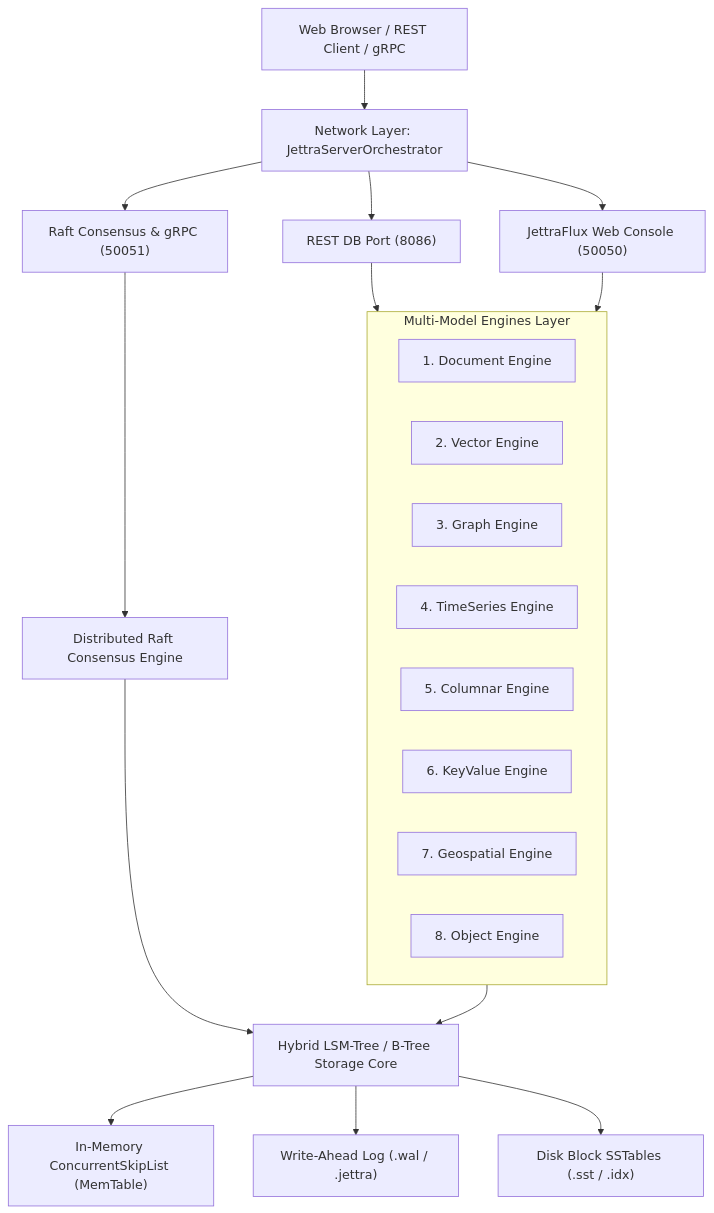
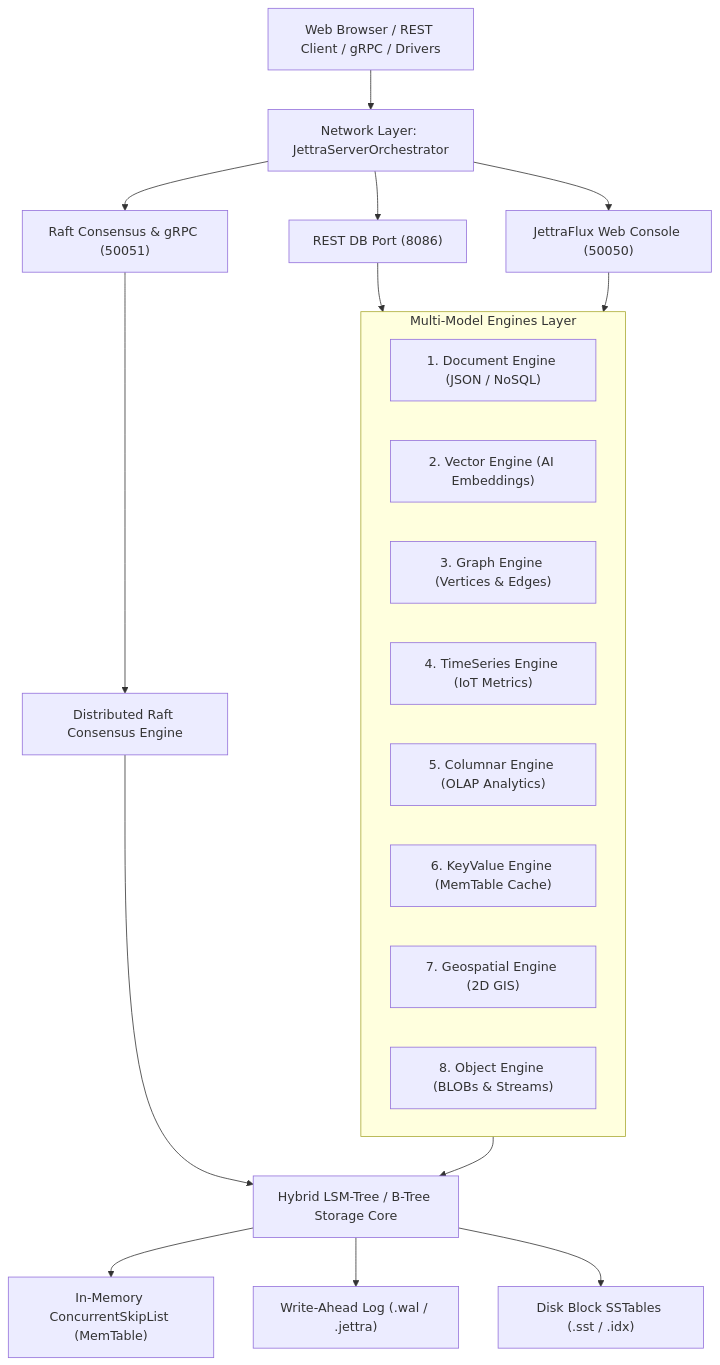
One commit to jettraframework/JettraDB changed the first of 3 diagrams in guide/book.md. Above: the diagram before and after it, drawn with Mermaid. The commit also changed other lines of this file, not shown here.

````diff
--- a/guide/book.md
+++ b/guide/book.md
@@ -37,29 +73,29 @@
 ```mermaid
 graph TD
-    Client[Web Browser / REST Client / gRPC] --> NetLayer[Network Layer: JettraServerOrchestrator]
+    Client[Web Browser / REST Client / gRPC / Drivers] --> NetLayer[Network Layer: JettraServerOrchestrator]
     NetLayer --> RestPort["REST DB Port (8086)"]
     NetLayer --> GuiPort["JettraFlux Web Console (50050)"]
     NetLayer --> GrpcPort["Raft Consensus & gRPC (50051)"]
     
     subgraph MultiModelLayer["Multi-Model Engines Layer"]
-        DocumentEngine["1. Document Engine"]
-        VectorEngine["2. Vector Engine"]
-        GraphEngine["3. Graph Engine"]
-        TimeSeriesEngine["4. TimeSeries Engine"]
-        ColumnEngine["5. Columnar Engine"]
-        KeyValueEngine["6. KeyValue Engine"]
-        GeospatialEngine["7. Geospatial Engine"]
-        ObjectEngine["8. Object Engine"]
+        DocumentEngine["1. Document Engine (JSON / NoSQL)"]
+        VectorEngine["2. Vector Engine (AI Embeddings)"]
+        GraphEngine["3. Graph Engine (Vertices & Edges)"]
+        TimeSeriesEngine["4. TimeSeries Engine (IoT Metrics)"]
+        ColumnEngine["5. Columnar Engine (OLAP Analytics)"]
+        KeyValueEngine["6. KeyValue Engine (MemTable Cache)"]
+        GeospatialEngine["7. Geospatial Engine (2D GIS)"]
+        ObjectEngine["8. Object Engine (BLOBs & Streams)"]
     end
     
     RestPort --> MultiModelLayer
     GuiPort --> MultiModelLayer
     
     MultiModelLayer --> StorageCore["Hybrid LSM-Tree / B-Tree Storage Core"]
     StorageCore --> MemTable["In-Memory ConcurrentSkipList (MemTable)"]
     StorageCore --> WAL["Write-Ahead Log (.wal / .jettra)"]
     StorageCore --> SSTables["Disk Block SSTables (.sst / .idx)"]
     
     GrpcPort --> RaftCluster["Distributed Raft Consensus Engine"]
     RaftCluster --> StorageCore
 ```
````
